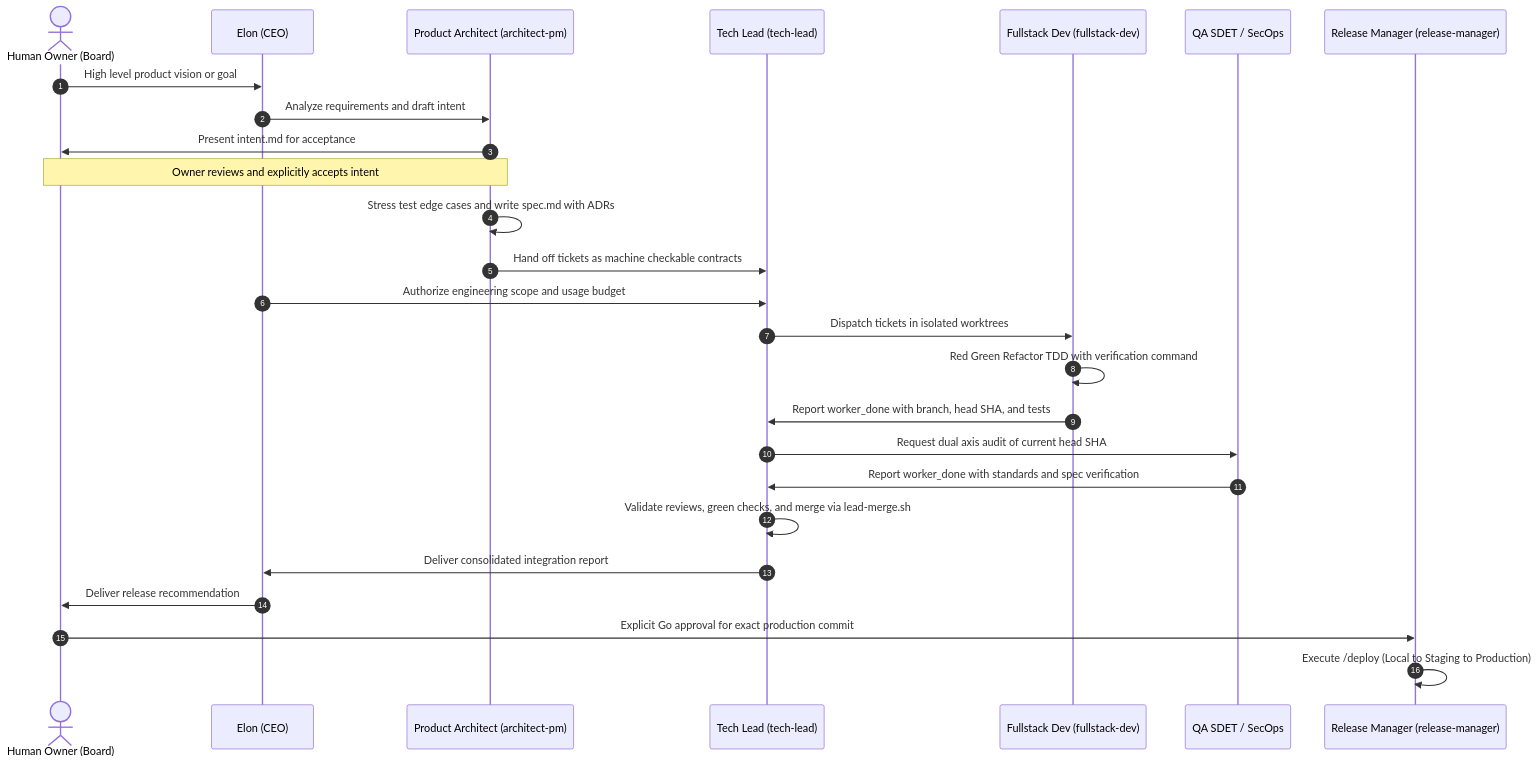
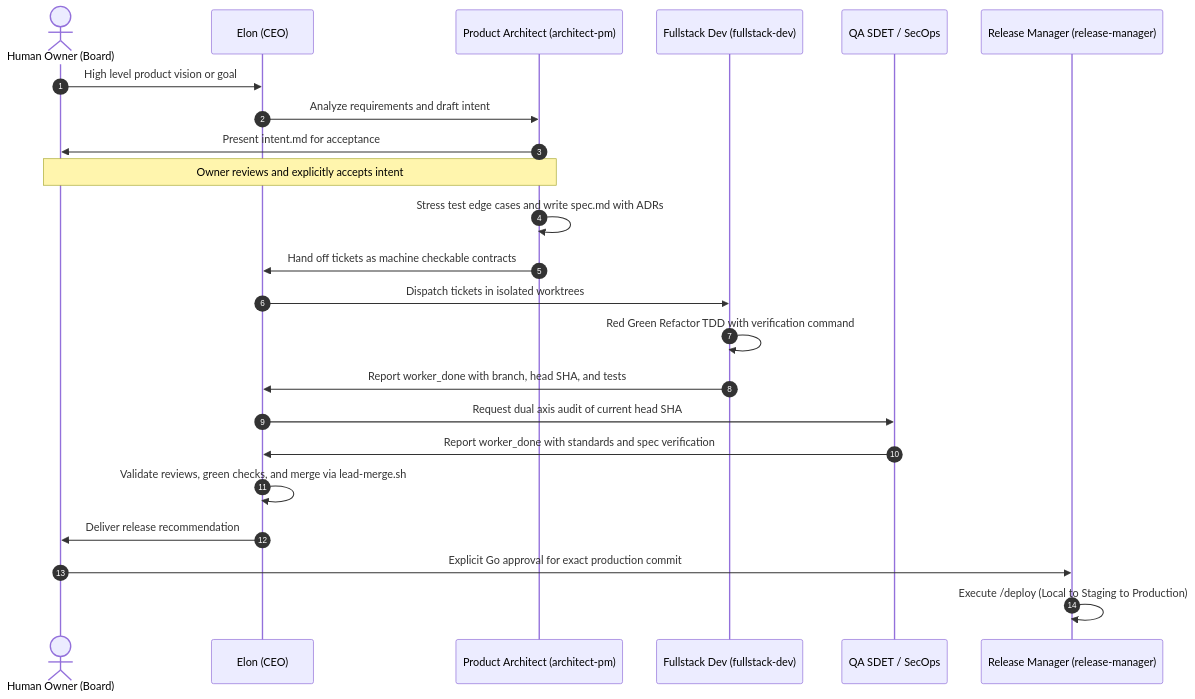
Before and after one commit to mingster/dotfiles: the third of 4 diagrams in README.md, drawn with Mermaid. The commit also changed other lines of this file and 50 other files, not shown here.

First line of the commit message:
Remove the Tech Lead and close the usage gate

````diff
--- a/README.md
+++ b/README.md
@@ -154,29 +165,26 @@
 ```mermaid
 sequenceDiagram
     autonumber
     actor Owner as Human Owner (Board)
     participant CEO as Elon (CEO)
     participant BA as Product Architect (architect-pm)
-    participant TL as Tech Lead (tech-lead)
     participant Dev as Fullstack Dev (fullstack-dev)
     participant QA as QA SDET / SecOps
     participant RM as Release Manager (release-manager)
 
     Owner->>CEO: High level product vision or goal
     CEO->>BA: Analyze requirements and draft intent
     BA->>Owner: Present intent.md for acceptance
     Note over Owner,BA: Owner reviews and explicitly accepts intent
     BA->>BA: Stress test edge cases and write spec.md with ADRs
-    BA->>TL: Hand off tickets as machine checkable contracts
-    CEO->>TL: Authorize engineering scope and usage budget
-    TL->>Dev: Dispatch tickets in isolated worktrees
+    BA->>CEO: Hand off tickets as machine checkable contracts
+    CEO->>Dev: Dispatch tickets in isolated worktrees
     Dev->>Dev: Red Green Refactor TDD with verification command
-    Dev->>TL: Report worker_done with branch, head SHA, and tests
-    TL->>QA: Request dual axis audit of current head SHA
-    QA->>TL: Report worker_done with standards and spec verification
-    TL->>TL: Validate reviews, green checks, and merge via lead-merge.sh
-    TL->>CEO: Deliver consolidated integration report
+    Dev->>CEO: Report worker_done with branch, head SHA, and tests
+    CEO->>QA: Request dual axis audit of current head SHA
+    QA->>CEO: Report worker_done with standards and spec verification
+    CEO->>CEO: Validate reviews, green checks, and merge via lead-merge.sh
     CEO->>Owner: Deliver release recommendation
     Owner->>RM: Explicit Go approval for exact production commit
     RM->>RM: Execute /deploy (Local to Staging to Production)
 ```
````
